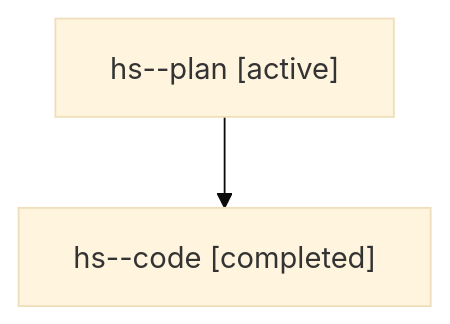
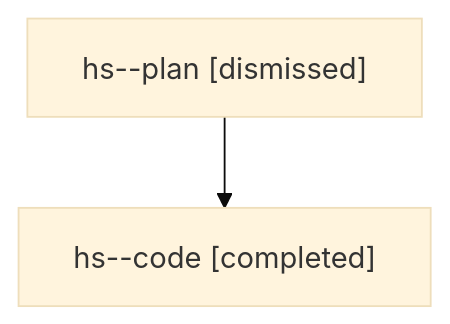
The diagram in sessions/bbugyi200.athena.hs.md (sase-org/sase--agents), drawn with Mermaid (base theme) before and after one commit. The commit also changed other lines of this file and 39 other files, not shown here.

````diff
--- a/sessions/bbugyi200.athena.hs.md
+++ b/sessions/bbugyi200.athena.hs.md
@@ -9,6 +9,6 @@
 ```mermaid
 flowchart TD
-  n0["hs--plan [active]"]
+  n0["hs--plan [dismissed]"]
   n1["hs--code [completed]"]
   n0 --> n1
 ```
````
